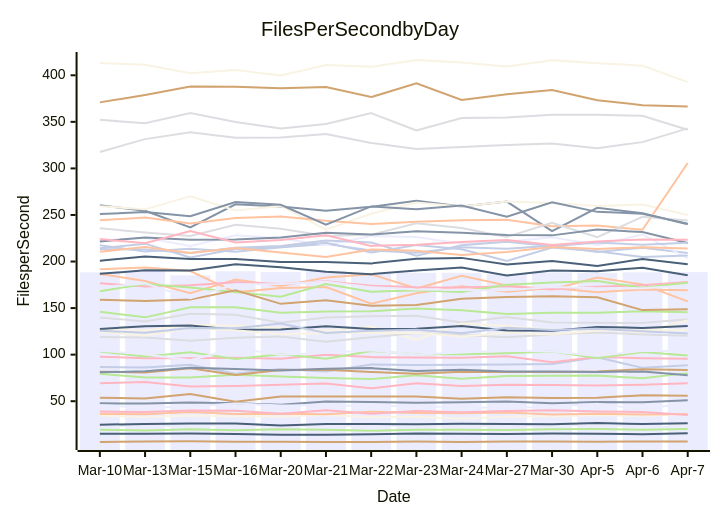
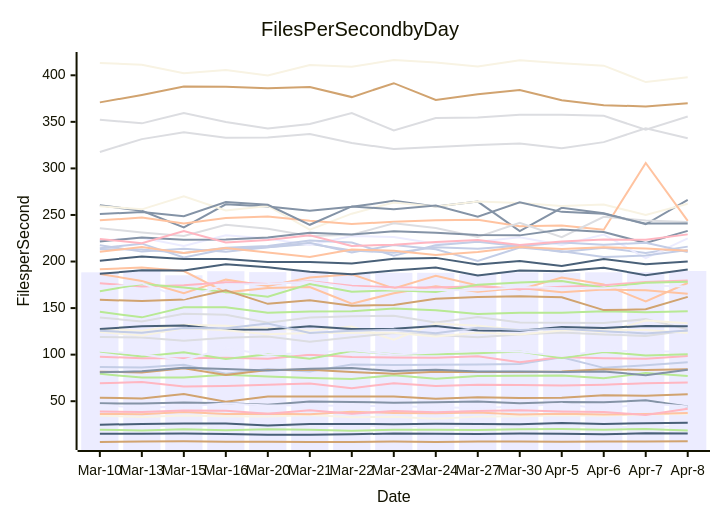
One commit to streetsidesoftware/cspell changed the diagram in perf-report.md. Above: the diagram before and after it, drawn with Mermaid. The commit also changed other lines of this file and 2 other files, not shown here.

````diff
--- a/perf-report.md
+++ b/perf-report.md
@@ -11,57 +11,57 @@
 ```mermaid
 xychart-beta
     title Files Per Second by Day
     y-axis Files per Second
-    x-axis Date [Mar-10, Mar-13, Mar-15, Mar-16, Mar-20, Mar-21, Mar-22, Mar-23, Mar-24, Mar-27, Mar-30, Apr-5, Apr-6, Apr-7]
-    bar [188.38, 189.98, 185.21, 189.57, 188.63, 189.87, 187.45, 187.93, 187.93, 186.35, 188.30, 187.81, 188.42, 188.59]
-    line [47.70, 47.47, 48.64, 47.90, 46.22, 49.72, 49.15, 48.47, 48.92, 49.74, 47.82, 49.22, 48.87, 50.93]
-    line [186.65, 179.06, 166.05, 180.55, 173.75, 182.92, 186.30, 171.18, 184.68, 174.16, 169.88, 182.89, 175.34, 157.18]
-    line [140.01, 135.63, 143.93, 142.95, 134.36, 139.82, 141.15, 141.79, 134.53, 140.55, 134.62, 134.19, 133.87, 138.14]
-    line [146.06, 140.05, 150.95, 150.81, 144.94, 146.39, 146.52, 149.65, 147.78, 143.68, 144.97, 144.90, 146.68, 145.47]
-    line [53.77, 52.96, 57.64, 49.40, 55.01, 55.07, 55.14, 54.97, 52.69, 54.36, 53.37, 53.82, 56.32, 55.94]
-    line [86.73, 86.09, 89.20, 79.46, 84.64, 82.02, 89.37, 88.80, 89.20, 89.35, 90.00, 97.23, 85.82, 88.62]
-    line [69.18, 70.51, 65.83, 66.30, 67.73, 68.98, 63.91, 69.35, 66.34, 67.66, 67.35, 66.87, 67.74, 69.26]
-    line [14.93, 14.92, 15.23, 14.84, 14.06, 13.99, 14.45, 15.39, 15.15, 14.76, 15.30, 14.95, 14.57, 15.50]
-    line [127.81, 125.76, 132.01, 131.14, 128.67, 125.67, 130.11, 116.06, 133.46, 130.91, 126.44, 128.14, 123.76, 136.62]
-    line [24.56, 23.16, 23.57, 24.07, 23.83, 22.72, 24.07, 23.01, 23.19, 23.80, 24.02, 24.56, 23.07, 21.40]
-    line [260.43, 254.55, 236.73, 261.47, 259.22, 254.59, 258.80, 265.17, 259.19, 264.34, 232.73, 257.73, 251.87, 240.02]
-    line [191.68, 193.62, 189.84, 166.89, 171.60, 172.56, 154.71, 166.00, 173.35, 167.42, 171.49, 166.95, 170.01, 169.14]
-    line [352.21, 348.39, 359.59, 349.81, 342.75, 347.71, 359.34, 340.76, 354.09, 354.69, 357.70, 357.50, 356.42, 341.55]
-    line [79.36, 75.39, 75.58, 78.40, 76.58, 74.92, 73.83, 77.77, 74.02, 77.10, 77.41, 77.73, 74.56, 80.16]
-    line [81.66, 80.93, 85.41, 78.19, 83.51, 83.81, 81.43, 79.47, 81.70, 81.36, 81.35, 81.81, 84.38, 83.54]
-    line [214.22, 219.20, 204.44, 213.42, 215.32, 218.95, 211.96, 209.30, 215.41, 213.73, 216.98, 210.20, 214.91, 209.11]
-    line [176.56, 173.19, 174.63, 177.66, 175.92, 178.79, 174.01, 172.30, 172.16, 173.35, 170.18, 172.81, 174.46, 178.10]
-    line [186.81, 190.52, 190.26, 197.02, 193.75, 189.15, 186.42, 190.28, 193.49, 184.99, 190.27, 189.55, 193.41, 185.15]
-    line [259.39, 256.02, 269.97, 254.79, 259.65, 234.19, 251.38, 263.45, 259.03, 264.42, 262.82, 259.51, 261.27, 249.89]
-    line [222.38, 225.56, 216.60, 228.18, 224.68, 217.69, 227.52, 226.28, 219.14, 221.19, 226.02, 217.73, 228.96, 203.68]
-    line [81.02, 82.11, 85.90, 84.63, 82.99, 84.87, 85.57, 82.40, 83.84, 81.84, 82.00, 81.46, 81.94, 77.93]
-    line [244.22, 247.23, 240.74, 246.80, 248.37, 243.77, 240.29, 242.61, 244.28, 244.79, 237.77, 238.81, 234.08, 305.83]
-    line [235.85, 231.18, 227.46, 239.47, 235.22, 227.41, 228.79, 241.01, 235.98, 226.38, 241.62, 226.17, 248.01, 244.17]
-    line [168.17, 175.84, 172.23, 167.20, 162.09, 175.73, 167.53, 169.26, 167.37, 175.14, 177.59, 179.11, 171.90, 177.30]
-    line [6.32, 6.79, 7.12, 6.59, 6.35, 6.19, 6.26, 6.60, 6.25, 6.74, 6.77, 6.57, 6.61, 6.73]
-    line [217.40, 210.64, 213.63, 210.38, 215.44, 220.20, 209.66, 217.73, 213.19, 200.65, 215.04, 210.95, 204.79, 206.43]
-    line [97.82, 96.22, 96.21, 96.60, 95.61, 100.00, 97.34, 96.90, 96.73, 98.18, 91.72, 97.44, 96.14, 95.65]
-    line [127.60, 130.54, 131.20, 126.76, 126.98, 130.36, 127.52, 127.75, 130.81, 125.94, 125.76, 129.75, 128.69, 130.72]
-    line [34.36, 33.03, 34.53, 33.80, 33.49, 35.23, 32.80, 33.41, 31.17, 33.44, 33.97, 34.80, 34.26, 36.10]
-    line [45.79, 43.00, 44.30, 47.55, 45.42, 45.55, 44.76, 44.94, 43.55, 42.67, 44.21, 47.13, 41.53, 47.88]
-    line [221.56, 225.82, 223.33, 223.62, 225.78, 230.86, 229.00, 232.44, 230.81, 228.49, 228.09, 234.26, 231.70, 219.86]
-    line [36.38, 35.91, 38.37, 36.25, 36.61, 35.87, 38.67, 37.37, 36.99, 37.97, 35.69, 36.40, 35.82, 36.18]
-    line [118.95, 118.40, 114.99, 118.14, 119.47, 113.95, 118.70, 123.16, 121.00, 118.77, 121.60, 123.74, 121.73, 120.16]
-    line [103.33, 98.05, 102.55, 95.32, 100.34, 95.68, 103.94, 100.49, 100.37, 101.61, 103.43, 96.40, 102.92, 99.21]
-    line [159.01, 157.48, 159.10, 169.05, 154.54, 158.47, 152.54, 153.40, 160.13, 161.83, 162.72, 161.59, 147.84, 148.71]
-    line [213.30, 213.00, 209.05, 214.75, 216.78, 222.67, 220.47, 206.28, 217.42, 221.24, 216.32, 220.41, 218.02, 220.27]
-    line [38.99, 38.46, 40.13, 39.77, 36.42, 40.38, 36.50, 39.38, 38.08, 39.48, 40.18, 38.93, 38.36, 35.23]
-    line [24.74, 25.60, 26.18, 25.98, 23.83, 25.61, 25.64, 25.22, 25.67, 25.63, 25.15, 26.46, 25.57, 26.37]
-    line [124.38, 120.45, 128.40, 126.26, 121.85, 123.29, 123.31, 123.57, 119.37, 123.63, 121.70, 126.05, 126.20, 126.46]
-    line [104.19, 100.36, 94.07, 106.95, 99.82, 102.15, 104.63, 100.11, 102.26, 104.28, 103.40, 98.55, 104.22, 103.59]
-    line [250.97, 253.10, 248.68, 263.99, 260.91, 239.46, 259.16, 256.10, 260.18, 248.06, 263.68, 253.34, 251.40, 240.71]
-    line [210.46, 215.67, 209.05, 214.60, 209.59, 204.82, 212.94, 211.50, 207.03, 210.21, 215.65, 213.52, 215.27, 213.92]
-    line [317.67, 331.44, 338.69, 332.97, 333.24, 336.87, 327.34, 320.84, 322.94, 325.27, 326.73, 321.72, 328.23, 343.02]
-    line [19.22, 18.67, 19.78, 18.71, 19.79, 19.47, 18.35, 19.30, 19.37, 19.08, 19.88, 20.02, 19.41, 20.18]
-    line [370.91, 378.91, 387.90, 387.80, 386.06, 387.41, 376.59, 391.51, 373.44, 379.72, 384.27, 373.30, 367.91, 366.55]
-    line [125.61, 123.50, 128.64, 128.22, 133.34, 123.28, 125.66, 126.65, 122.93, 128.82, 126.34, 127.91, 125.16, 122.83]
-    line [224.11, 219.75, 232.68, 220.52, 223.12, 228.15, 216.79, 218.07, 220.91, 223.03, 217.84, 221.62, 223.63, 223.28]
-    line [200.86, 205.50, 202.63, 202.69, 199.56, 199.40, 197.96, 202.91, 203.92, 196.82, 200.56, 195.13, 202.74, 197.17]
-    line [413.29, 411.20, 402.18, 405.65, 399.88, 410.92, 409.10, 416.42, 413.72, 409.38, 416.05, 413.02, 410.36, 392.72]
-    line [172.27, 176.52, 160.55, 175.49, 175.91, 178.24, 172.29, 170.07, 169.37, 169.09, 172.70, 171.27, 171.33, 174.25]
+    x-axis Date [Mar-10, Mar-13, Mar-15, Mar-16, Mar-20, Mar-21, Mar-22, Mar-23, Mar-24, Mar-27, Mar-30, Apr-5, Apr-6, Apr-7, Apr-8]
+    bar [188.38, 189.98, 185.21, 189.57, 188.63, 189.87, 187.45, 187.93, 187.93, 186.35, 188.30, 187.81, 188.42, 188.59, 189.84]
+    line [47.70, 47.47, 48.64, 47.90, 46.22, 49.72, 49.15, 48.47, 48.92, 49.74, 47.82, 49.22, 48.87, 50.93, 44.38]
+    line [186.65, 179.06, 166.05, 180.55, 173.75, 182.92, 186.30, 171.18, 184.68, 174.16, 169.88, 182.89, 175.34, 157.18, 176.94]
+    line [140.01, 135.63, 143.93, 142.95, 134.36, 139.82, 141.15, 141.79, 134.53, 140.55, 134.62, 134.19, 133.87, 138.14, 127.32]
+    line [146.06, 140.05, 150.95, 150.81, 144.94, 146.39, 146.52, 149.65, 147.78, 143.68, 144.97, 144.90, 146.68, 145.47, 146.56]
+    line [53.77, 52.96, 57.64, 49.40, 55.01, 55.07, 55.14, 54.97, 52.69, 54.36, 53.37, 53.82, 56.32, 55.94, 57.36]
+    line [86.73, 86.09, 89.20, 79.46, 84.64, 82.02, 89.37, 88.80, 89.20, 89.35, 90.00, 97.23, 85.82, 88.62, 91.77]
+    line [69.18, 70.51, 65.83, 66.30, 67.73, 68.98, 63.91, 69.35, 66.34, 67.66, 67.35, 66.87, 67.74, 69.26, 70.15]
+    line [14.93, 14.92, 15.23, 14.84, 14.06, 13.99, 14.45, 15.39, 15.15, 14.76, 15.30, 14.95, 14.57, 15.50, 15.41]
+    line [127.81, 125.76, 132.01, 131.14, 128.67, 125.67, 130.11, 116.06, 133.46, 130.91, 126.44, 128.14, 123.76, 136.62, 133.64]
+    line [24.56, 23.16, 23.57, 24.07, 23.83, 22.72, 24.07, 23.01, 23.19, 23.80, 24.02, 24.56, 23.07, 21.40, 24.14]
+    line [260.43, 254.55, 236.73, 261.47, 259.22, 254.59, 258.80, 265.17, 259.19, 264.34, 232.73, 257.73, 251.87, 240.02, 266.31]
+    line [191.68, 193.62, 189.84, 166.89, 171.60, 172.56, 154.71, 166.00, 173.35, 167.42, 171.49, 166.95, 170.01, 169.14, 165.39]
+    line [352.21, 348.39, 359.59, 349.81, 342.75, 347.71, 359.34, 340.76, 354.09, 354.69, 357.70, 357.50, 356.42, 341.55, 355.72]
+    line [79.36, 75.39, 75.58, 78.40, 76.58, 74.92, 73.83, 77.77, 74.02, 77.10, 77.41, 77.73, 74.56, 80.16, 77.02]
+    line [81.66, 80.93, 85.41, 78.19, 83.51, 83.81, 81.43, 79.47, 81.70, 81.36, 81.35, 81.81, 84.38, 83.54, 84.32]
+    line [214.22, 219.20, 204.44, 213.42, 215.32, 218.95, 211.96, 209.30, 215.41, 213.73, 216.98, 210.20, 214.91, 209.11, 216.00]
+    line [176.56, 173.19, 174.63, 177.66, 175.92, 178.79, 174.01, 172.30, 172.16, 173.35, 170.18, 172.81, 174.46, 178.10, 179.62]
+    line [186.81, 190.52, 190.26, 197.02, 193.75, 189.15, 186.42, 190.28, 193.49, 184.99, 190.27, 189.55, 193.41, 185.15, 191.53]
+    line [259.39, 256.02, 269.97, 254.79, 259.65, 234.19, 251.38, 263.45, 259.03, 264.42, 262.82, 259.51, 261.27, 249.89, 261.98]
+    line [222.38, 225.56, 216.60, 228.18, 224.68, 217.69, 227.52, 226.28, 219.14, 221.19, 226.02, 217.73, 228.96, 203.68, 224.92]
+    line [81.02, 82.11, 85.90, 84.63, 82.99, 84.87, 85.57, 82.40, 83.84, 81.84, 82.00, 81.46, 81.94, 77.93, 83.70]
+    line [244.22, 247.23, 240.74, 246.80, 248.37, 243.77, 240.29, 242.61, 244.28, 244.79, 237.77, 238.81, 234.08, 305.83, 243.57]
+    line [235.85, 231.18, 227.46, 239.47, 235.22, 227.41, 228.79, 241.01, 235.98, 226.38, 241.62, 226.17, 248.01, 244.17, 242.46]
+    line [168.17, 175.84, 172.23, 167.20, 162.09, 175.73, 167.53, 169.26, 167.37, 175.14, 177.59, 179.11, 171.90, 177.30, 178.37]
+    line [6.32, 6.79, 7.12, 6.59, 6.35, 6.19, 6.26, 6.60, 6.25, 6.74, 6.77, 6.57, 6.61, 6.73, 7.00]
+    line [217.40, 210.64, 213.63, 210.38, 215.44, 220.20, 209.66, 217.73, 213.19, 200.65, 215.04, 210.95, 204.79, 206.43, 212.35]
+    line [97.82, 96.22, 96.21, 96.60, 95.61, 100.00, 97.34, 96.90, 96.73, 98.18, 91.72, 97.44, 96.14, 95.65, 98.60]
+    line [127.60, 130.54, 131.20, 126.76, 126.98, 130.36, 127.52, 127.75, 130.81, 125.94, 125.76, 129.75, 128.69, 130.72, 130.46]
+    line [34.36, 33.03, 34.53, 33.80, 33.49, 35.23, 32.80, 33.41, 31.17, 33.44, 33.97, 34.80, 34.26, 36.10, 36.17]
+    line [45.79, 43.00, 44.30, 47.55, 45.42, 45.55, 44.76, 44.94, 43.55, 42.67, 44.21, 47.13, 41.53, 47.88, 44.28]
+    line [221.56, 225.82, 223.33, 223.62, 225.78, 230.86, 229.00, 232.44, 230.81, 228.49, 228.09, 234.26, 231.70, 219.86, 232.88]
+    line [36.38, 35.91, 38.37, 36.25, 36.61, 35.87, 38.67, 37.37, 36.99, 37.97, 35.69, 36.40, 35.82, 36.18, 37.44]
+    line [118.95, 118.40, 114.99, 118.14, 119.47, 113.95, 118.70, 123.16, 121.00, 118.77, 121.60, 123.74, 121.73, 120.16, 125.96]
+    line [103.33, 98.05, 102.55, 95.32, 100.34, 95.68, 103.94, 100.49, 100.37, 101.61, 103.43, 96.40, 102.92, 99.21, 100.52]
+    line [159.01, 157.48, 159.10, 169.05, 154.54, 158.47, 152.54, 153.40, 160.13, 161.83, 162.72, 161.59, 147.84, 148.71, 162.06]
+    line [213.30, 213.00, 209.05, 214.75, 216.78, 222.67, 220.47, 206.28, 217.42, 221.24, 216.32, 220.41, 218.02, 220.27, 210.30]
+    line [38.99, 38.46, 40.13, 39.77, 36.42, 40.38, 36.50, 39.38, 38.08, 39.48, 40.18, 38.93, 38.36, 35.23, 41.88]
+    line [24.74, 25.60, 26.18, 25.98, 23.83, 25.61, 25.64, 25.22, 25.67, 25.63, 25.15, 26.46, 25.57, 26.37, 26.75]
+    line [124.38, 120.45, 128.40, 126.26, 121.85, 123.29, 123.31, 123.57, 119.37, 123.63, 121.70, 126.05, 126.20, 126.46, 123.33]
+    line [104.19, 100.36, 94.07, 106.95, 99.82, 102.15, 104.63, 100.11, 102.26, 104.28, 103.40, 98.55, 104.22, 103.59, 103.12]
+    line [250.97, 253.10, 248.68, 263.99, 260.91, 239.46, 259.16, 256.10, 260.18, 248.06, 263.68, 253.34, 251.40, 240.71, 240.89]
+    line [210.46, 215.67, 209.05, 214.60, 209.59, 204.82, 212.94, 211.50, 207.03, 210.21, 215.65, 213.52, 215.27, 213.92, 211.68]
+    line [317.67, 331.44, 338.69, 332.97, 333.24, 336.87, 327.34, 320.84, 322.94, 325.27, 326.73, 321.72, 328.23, 343.02, 332.37]
+    line [19.22, 18.67, 19.78, 18.71, 19.79, 19.47, 18.35, 19.30, 19.37, 19.08, 19.88, 20.02, 19.41, 20.18, 18.41]
+    line [370.91, 378.91, 387.90, 387.80, 386.06, 387.41, 376.59, 391.51, 373.44, 379.72, 384.27, 373.30, 367.91, 366.55, 370.00]
+    line [125.61, 123.50, 128.64, 128.22, 133.34, 123.28, 125.66, 126.65, 122.93, 128.82, 126.34, 127.91, 125.16, 122.83, 125.98]
+    line [224.11, 219.75, 232.68, 220.52, 223.12, 228.15, 216.79, 218.07, 220.91, 223.03, 217.84, 221.62, 223.63, 223.28, 229.16]
+    line [200.86, 205.50, 202.63, 202.69, 199.56, 199.40, 197.96, 202.91, 203.92, 196.82, 200.56, 195.13, 202.74, 197.17, 200.02]
+    line [413.29, 411.20, 402.18, 405.65, 399.88, 410.92, 409.10, 416.42, 413.72, 409.38, 416.05, 413.02, 410.36, 392.72, 397.99]
+    line [172.27, 176.52, 160.55, 175.49, 175.91, 178.24, 172.29, 170.07, 169.37, 169.09, 172.70, 171.27, 171.33, 174.25, 173.31]
 ```
````
